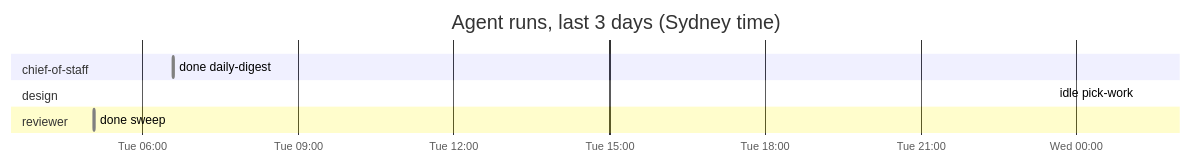
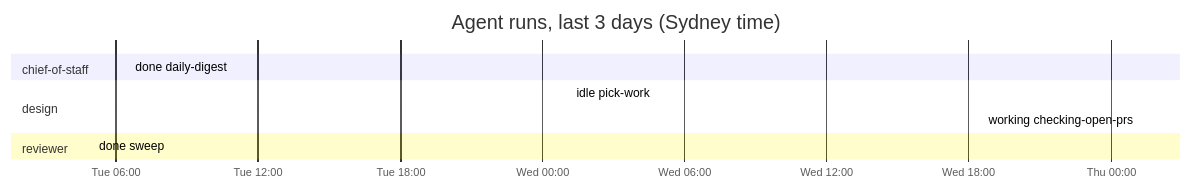
Before and after one commit to roulmediateam-byte/fifteen-expert-hq: the diagram in dashboard.md, drawn with Mermaid. The commit also changed other lines of this file and 1 other file, not shown here.

````diff
--- a/dashboard.md
+++ b/dashboard.md
@@ -37,12 +37,13 @@
 ```mermaid
 gantt
     title Agent runs, last 3 days (Sydney time)
     dateFormat YYYY-MM-DD HH:mm
     axisFormat %a %H:%M
     section chief-of-staff
     done daily-digest :done, 2026-11-10 06:35, 2026-11-10 06:37
     section design
     idle pick-work :done, 2026-11-11 01:12, 2026-11-11 01:12
+    working checking-open-prs :active, 2026-11-12 01:11, 2026-11-12 01:11
     section reviewer
     done sweep :done, 2026-11-10 05:04, 2026-11-10 05:05
 ```
````
